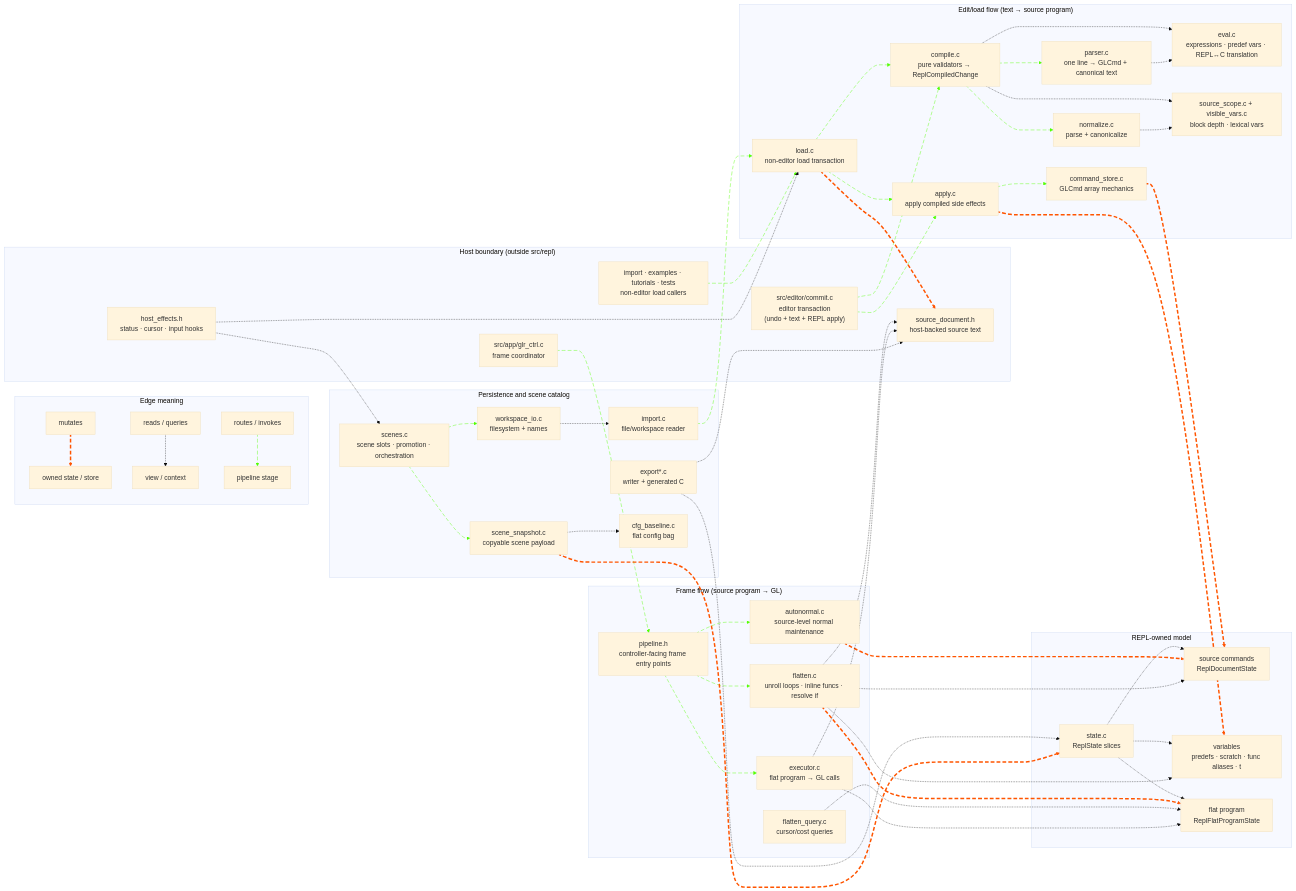
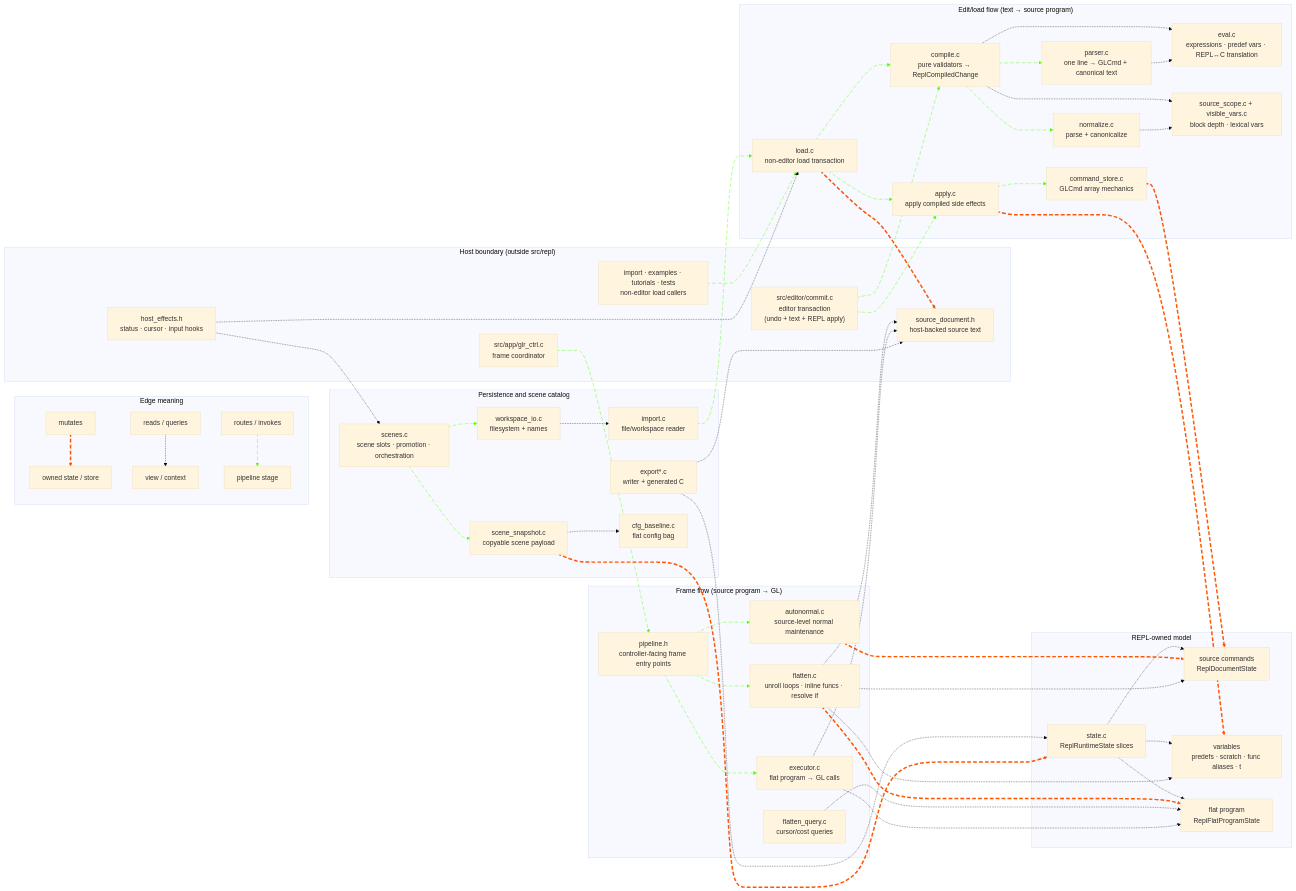
Before and after one commit to drewwoods/gl-repl: the first of 2 diagrams in src/repl/ARCHITECTURE.md, drawn with Mermaid (base theme). The commit also changed other lines of this file and 10 other files, not shown here.

```diff
--- a/src/repl/ARCHITECTURE.md
+++ b/src/repl/ARCHITECTURE.md
@@ -115,7 +115,7 @@
     end
 
     subgraph model["REPL-owned model"]
-        state["state.c<br/>ReplState slices"]
+        state["state.c<br/>ReplRuntimeState slices"]
         doc_state["source commands<br/>ReplDocumentState"]
         vars["variables<br/>predefs · scratch · func aliases · t"]
         flat_state["flat program<br/>ReplFlatProgramState"]
```
